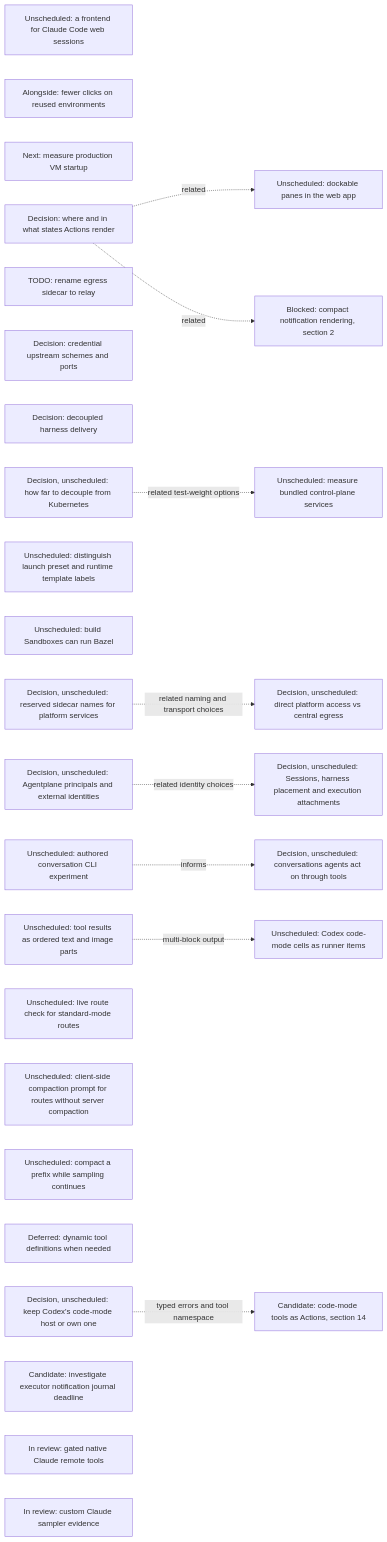
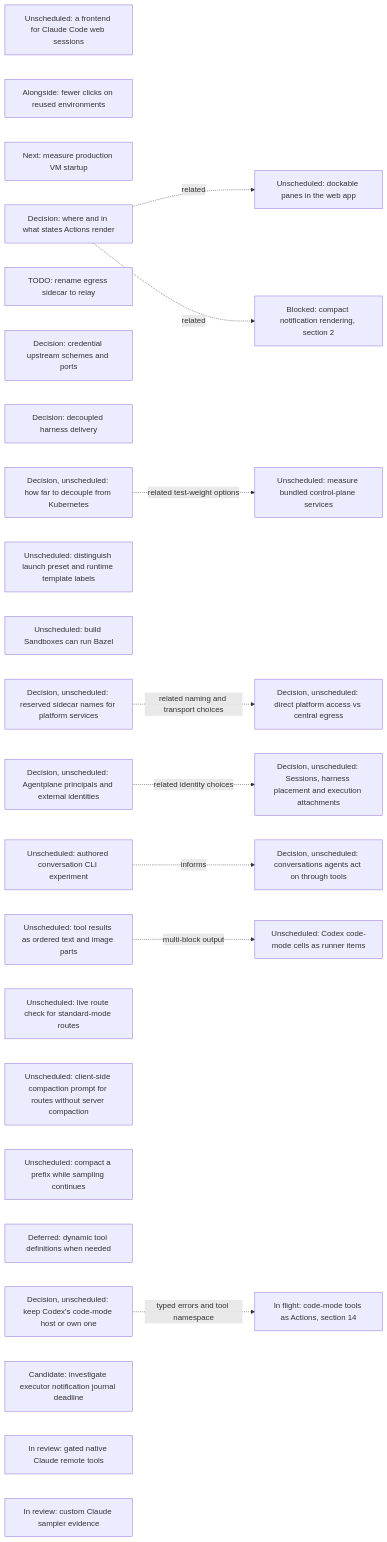
The eighth of 21 diagrams in agentplane/plans/task_dag.md (agentydragon/ducktape), drawn with Mermaid before and after one commit. The commit also changed other lines of this file, not shown here.

````diff
--- a/agentplane/plans/task_dag.md
+++ b/agentplane/plans/task_dag.md
@@ -1071,39 +1080,39 @@
 ```mermaid
 flowchart LR
     CLAUDE_CODE_WEB_BRIDGE[Unscheduled: a frontend for Claude Code web sessions]
     SESSION_LAUNCH_FRICTION[Alongside: fewer clicks on reused environments]
     VM_STARTUP_LATENCY[Next: measure production VM startup]
     ACTION_SURFACES_DESIGN[Decision: where and in what states Actions render]
     EGRESS_RELAY_RENAME[TODO: rename egress sidecar to relay]
     EGRESS_CREDENTIAL_TRANSPORT_DESIGN[Decision: credential upstream schemes and ports]
     RUNNER_HARNESS_DELIVERY_DESIGN[Decision: decoupled harness delivery]
     K3S_BUNDLED_SERVICES_SPIKE[Unscheduled: measure bundled control-plane services]
     KUBERNETES_DECOUPLING_DESIGN[Decision, unscheduled: how far to decouple from Kubernetes]
     KUBERNETES_DECOUPLING_DESIGN -. related test-weight options .-> K3S_BUNDLED_SERVICES_SPIKE
     DOCKABLE_PANES[Unscheduled: dockable panes in the web app]
     ACTION_SURFACES_DESIGN -. related .-> DOCKABLE_PANES
     NOTIFICATION_PRESENTATION[Blocked: compact notification rendering, section 2]
     ACTION_SURFACES_DESIGN -. related .-> NOTIFICATION_PRESENTATION
     SANDBOX_FORM_TERMINOLOGY[Unscheduled: distinguish launch preset and runtime template labels]
     BUILD_BOX_BAZEL[Unscheduled: build Sandboxes can run Bazel]
     PLATFORM_SERVICE_NAMES_DESIGN[Decision, unscheduled: reserved sidecar names for platform services]
     PLATFORM_SERVICE_ROUTING_DESIGN[Decision, unscheduled: direct platform access vs central egress]
     PLATFORM_SERVICE_NAMES_DESIGN -. related naming and transport choices .-> PLATFORM_SERVICE_ROUTING_DESIGN
     SESSION_RUNTIME_MODEL_DESIGN[Decision, unscheduled: Sessions, harness placement and execution attachments]
     AGENT_PRINCIPAL_MODEL_DESIGN[Decision, unscheduled: Agentplane principals and external identities]
     AGENT_PRINCIPAL_MODEL_DESIGN -. related identity choices .-> SESSION_RUNTIME_MODEL_DESIGN
     AGENT_AUTHORED_CONVERSATIONS_DESIGN[Decision, unscheduled: conversations agents act on through tools]
     AGENT_AUTHORED_CONVERSATIONS_EXPERIMENT[Unscheduled: authored conversation CLI experiment]
     AGENT_AUTHORED_CONVERSATIONS_EXPERIMENT -. informs .-> AGENT_AUTHORED_CONVERSATIONS_DESIGN
     STRUCTURED_TOOL_OUTPUT[Unscheduled: tool results as ordered text and image parts]
     STRUCTURED_TOOL_OUTPUT -. multi-block output .-> CODEX_CODE_MODE_CELLS[Unscheduled: Codex code-mode cells as runner items]
     CENTRAL_SAMPLER_MODEL_CAPABILITIES[Unscheduled: live route check for standard-mode routes]
     CENTRAL_SAMPLER_PROMPT_COMPACTION[Unscheduled: client-side compaction prompt for routes without server compaction]
     CENTRAL_SAMPLER_BACKGROUND_COMPACTION[Unscheduled: compact a prefix while sampling continues]
     CENTRAL_SAMPLER_DYNAMIC_TOOLS[Deferred: dynamic tool definitions when needed]
     CODE_MODE_HOST_DESIGN[Decision, unscheduled: keep Codex's code-mode host or own one]
-    CODE_MODE_HOST_DESIGN -. typed errors and tool namespace .-> CENTRAL_SESSION_DELEGATED_ACTING[Candidate: code-mode tools as Actions, section 14]
+    CODE_MODE_HOST_DESIGN -. typed errors and tool namespace .-> CENTRAL_SESSION_DELEGATED_ACTING[In flight: code-mode tools as Actions, section 14]
     SAMPLER_NOTIFICATION_JOURNAL[Candidate: investigate executor notification journal deadline]
     CLAUDE_REMOTE_EXECUTION_SPIKE[In review: gated native Claude remote tools]
     CLAUDE_CUSTOM_SAMPLER[In review: custom Claude sampler evidence]
 ```
````
